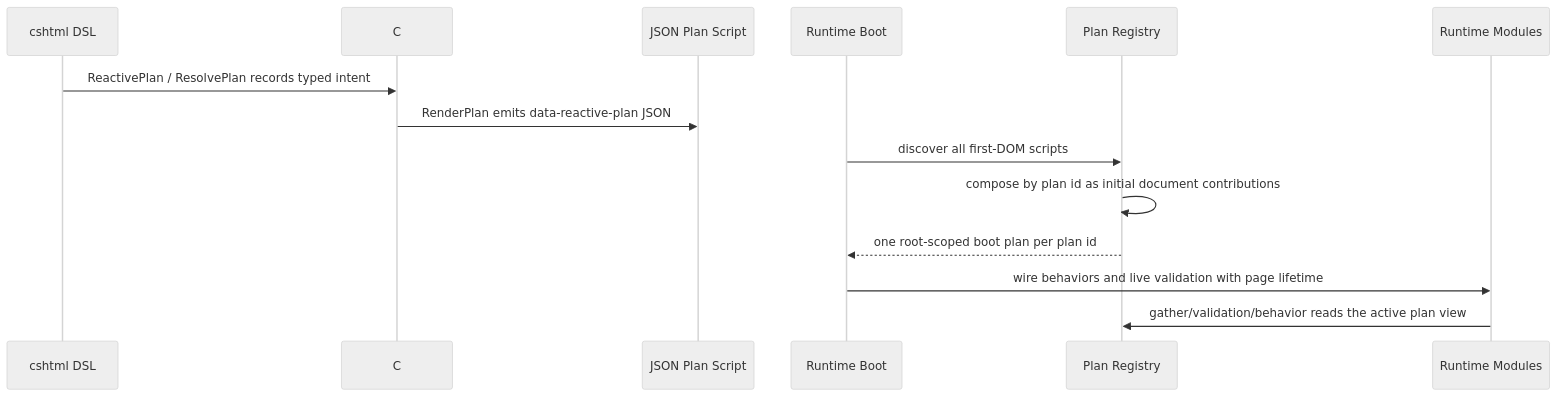
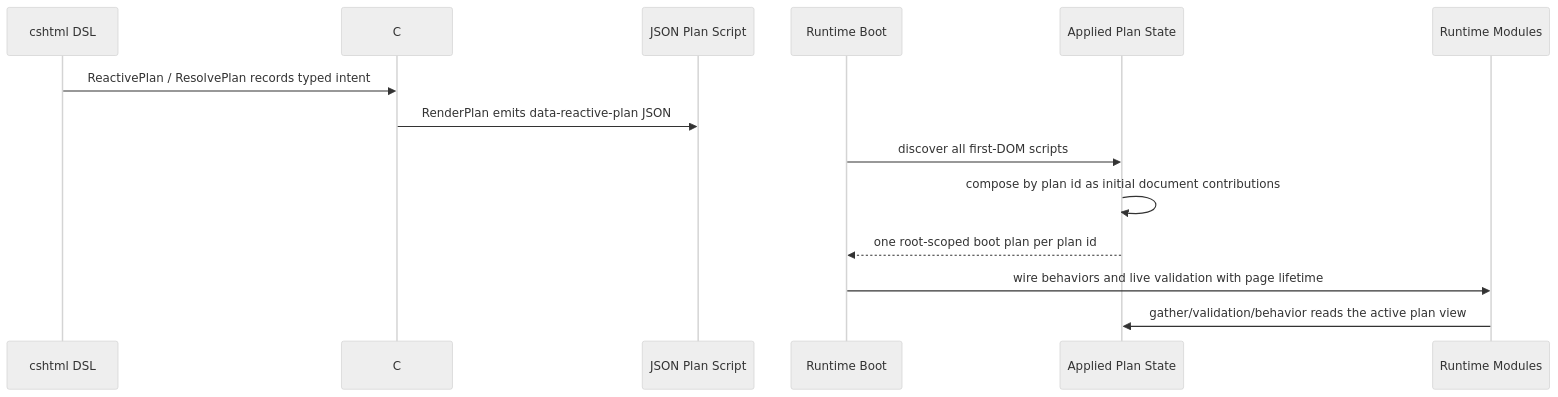
Before and after one commit to marafiq/alis-reactive: the fourth of 5 diagrams in docs/reactive-plan-domain-language.md, drawn with Mermaid (neutral theme). The commit also changed other lines of this file and 9 other files, not shown here.

````diff
--- a/docs/reactive-plan-domain-language.md
+++ b/docs/reactive-plan-domain-language.md
@@ -342,17 +342,17 @@
 ```mermaid
 sequenceDiagram
     participant View as cshtml DSL
     participant Plan as C# Plan Domain
     participant Script as JSON Plan Script
     participant Boot as Runtime Boot
-    participant Registry as Plan Registry
+    participant AppliedPlans as Applied Plan State
     participant Runtime as Runtime Modules
 
     View->>Plan: ReactivePlan / ResolvePlan records typed intent
     Plan->>Script: RenderPlan emits data-reactive-plan JSON
-    Boot->>Registry: discover all first-DOM scripts
-    Registry->>Registry: compose by plan id as initial document contributions
-    Registry-->>Boot: one root-scoped boot plan per plan id
+    Boot->>AppliedPlans: discover all first-DOM scripts
+    AppliedPlans->>AppliedPlans: compose by plan id as initial document contributions
+    AppliedPlans-->>Boot: one root-scoped boot plan per plan id
     Boot->>Runtime: wire behaviors and live validation with page lifetime
-    Runtime->>Registry: gather/validation/behavior reads the active plan view
+    Runtime->>AppliedPlans: gather/validation/behavior reads the active plan view
 ```
````
